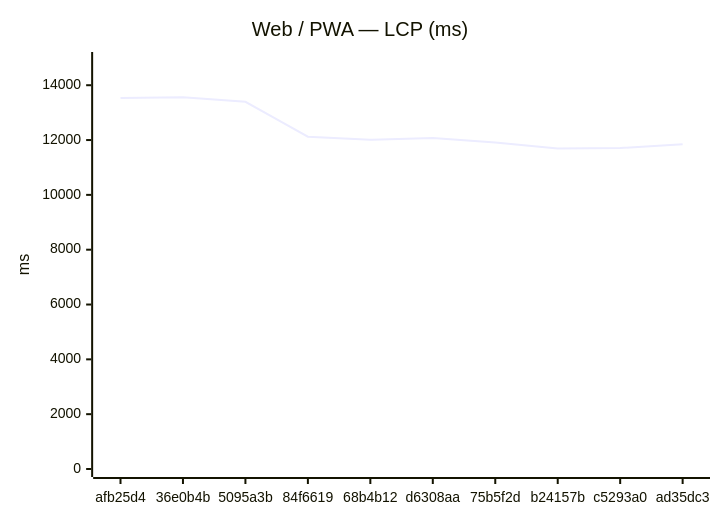
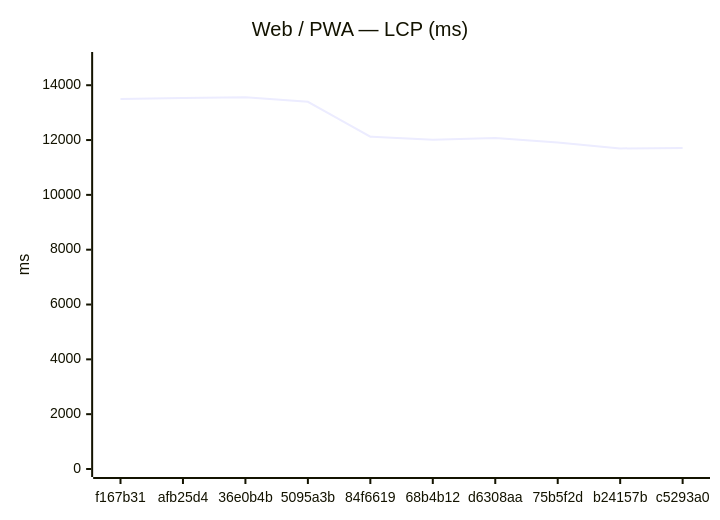
One commit to Metaheurist/Rianell changed the first of 18 diagrams in benchmarks/compare.md. Above: the diagram before and after it, drawn with Mermaid. The commit also changed other lines of this file and 11 other files, not shown here.

````diff
--- a/benchmarks/compare.md
+++ b/benchmarks/compare.md
@@ -24,7 +24,7 @@
 ```mermaid
 xychart-beta
     title "Web / PWA — LCP (ms)"
-    x-axis ["afb25d4", "36e0b4b", "5095a3b", "84f6619", "68b4b12", "d6308aa", "75b5f2d", "b24157b", "c5293a0", "ad35dc3"]
+    x-axis ["f167b31", "afb25d4", "36e0b4b", "5095a3b", "84f6619", "68b4b12", "d6308aa", "75b5f2d", "b24157b", "c5293a0"]
     y-axis "ms" 0 --> 14920
-    line [13531, 13563, 13394, 12124, 12007, 12072, 11911, 11695, 11707, 11844]
+    line [13501, 13531, 13563, 13394, 12124, 12007, 12072, 11911, 11695, 11707]
 ```
````
